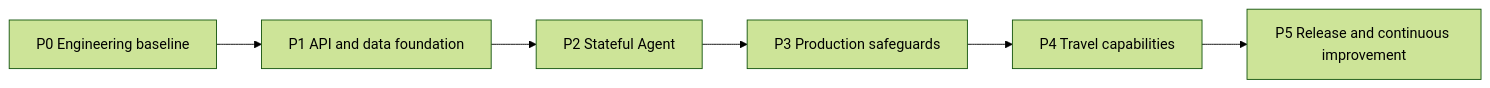
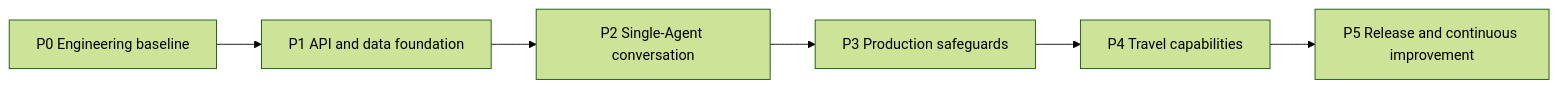
One commit to DOcrazyG/travel_assistant changed the diagram in docs/todo-plan.md. Above: the diagram before and after it, drawn with Mermaid (forest theme). The commit also changed other lines of this file and 6 other files, not shown here.

````diff
--- a/docs/todo-plan.md
+++ b/docs/todo-plan.md
@@ -9,8 +9,8 @@
 ```mermaid
 flowchart LR
     P0[P0 Engineering baseline] --> P1[P1 API and data foundation]
-    P1 --> P2[P2 Stateful Agent]
+    P1 --> P2[P2 Single-Agent conversation]
     P2 --> P3[P3 Production safeguards]
     P3 --> P4[P4 Travel capabilities]
     P4 --> P5[P5 Release and continuous improvement]
 ```
````
